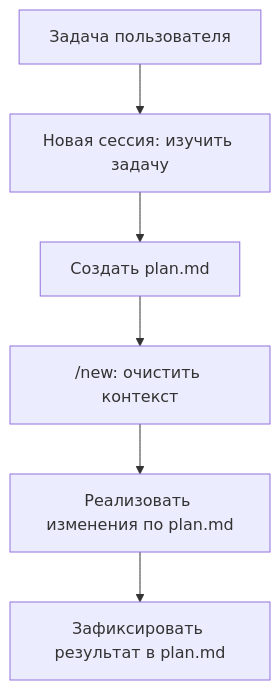
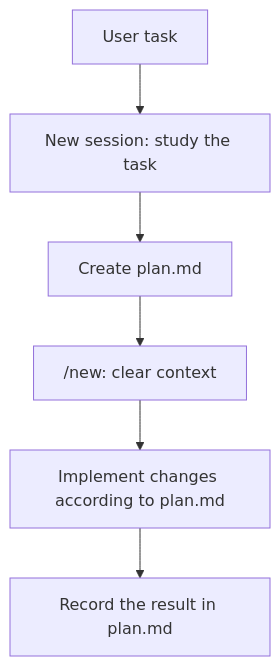
The fourth of 7 diagrams in article.en.md (evgenyigumnov/subtask4llm), drawn with Mermaid before and after one commit. The commit also changed other lines of this file, not shown here.

````diff
--- a/article.en.md
+++ b/article.en.md
@@ -69,8 +68,8 @@
 ```mermaid
 flowchart TB
-  task["Задача пользователя"] --> planSession["Новая сессия: изучить задачу"]
-  planSession --> plan["Создать plan.md"]
-  plan --> reset["/new: очистить контекст"]
-  reset --> implementation["Реализовать изменения по plan.md"]
-  implementation --> record["Зафиксировать результат в plan.md"]
+  task["User task"] --> planSession["New session: study the task"]
+  planSession --> plan["Create plan.md"]
+  plan --> reset["/new: clear context"]
+  reset --> implementation["Implement changes according to plan.md"]
+  implementation --> record["Record the result in plan.md"]
 ```
````
